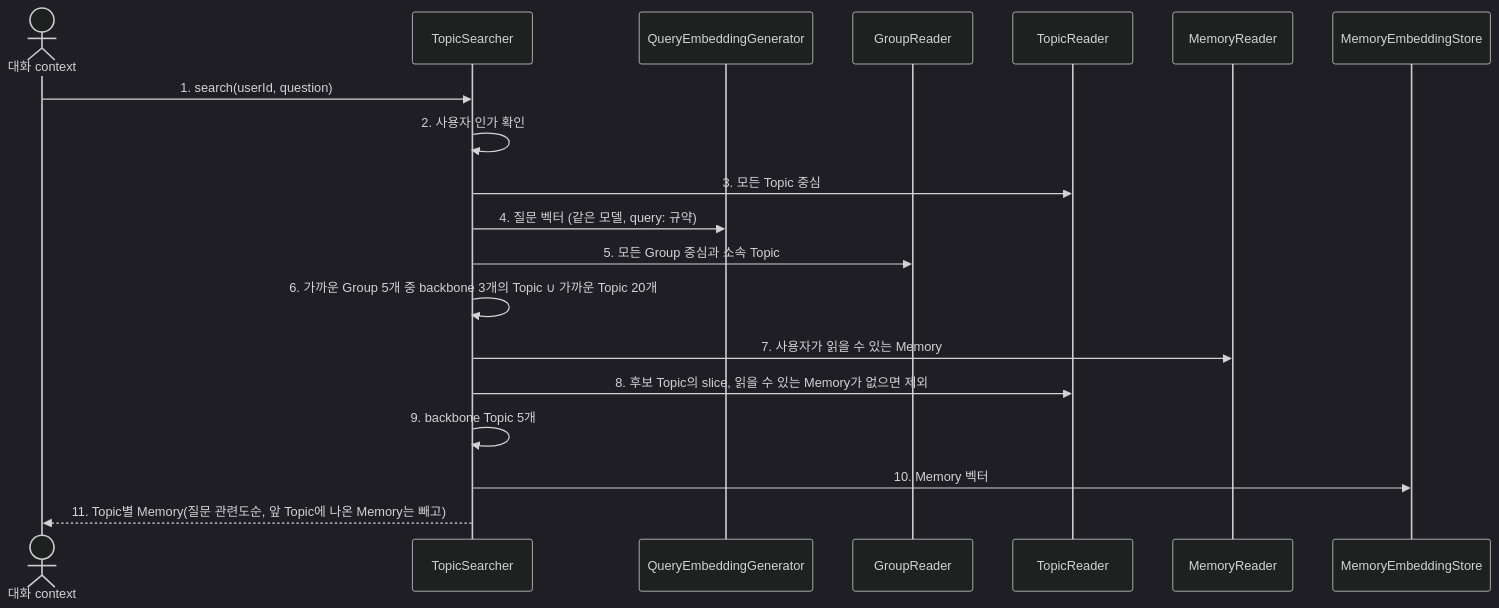
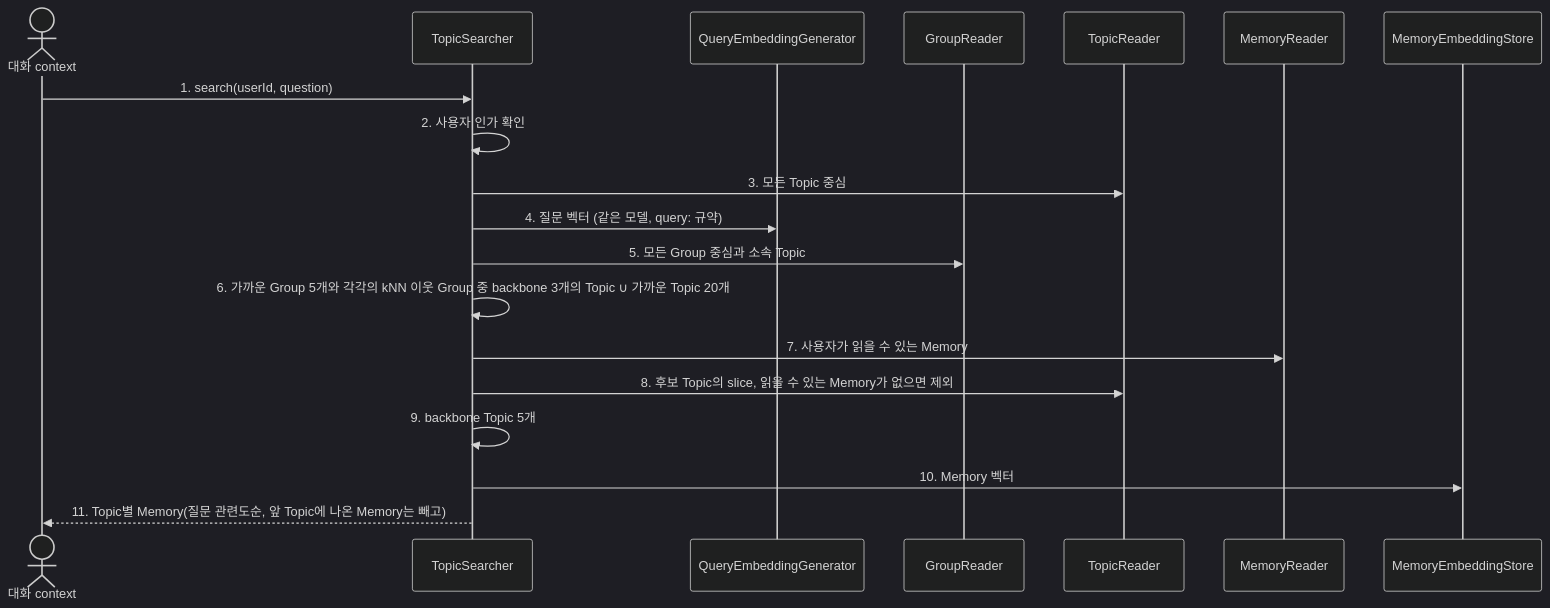
The second of 2 diagrams in application/src/main/kotlin/com/homeassistant/application/usecase/topic/README.md (magenta1223/home_assistant), drawn with Mermaid (dark theme) before and after one commit. The commit also changed other lines of this file and 10 other files, not shown here.

````diff
--- a/application/src/main/kotlin/com/homeassistant/application/usecase/topic/README.md
+++ b/application/src/main/kotlin/com/homeassistant/application/usecase/topic/README.md
@@ -66,21 +66,21 @@
 ```mermaid
 sequenceDiagram
     actor Caller as 대화 context
     participant Search as TopicSearcher
     participant Query as QueryEmbeddingGenerator
     participant Groups as GroupReader
     participant Topics as TopicReader
     participant Memories as MemoryReader
     participant Vectors as MemoryEmbeddingStore
     Caller->>Search: 1. search(userId, question)
     Search->>Search: 2. 사용자 인가 확인
     Search->>Topics: 3. 모든 Topic 중심
     Search->>Query: 4. 질문 벡터 (같은 모델, query: 규약)
     Search->>Groups: 5. 모든 Group 중심과 소속 Topic
-    Search->>Search: 6. 가까운 Group 5개 중 backbone 3개의 Topic ∪ 가까운 Topic 20개
+    Search->>Search: 6. 가까운 Group 5개와 각각의 kNN 이웃 Group 중 backbone 3개의 Topic ∪ 가까운 Topic 20개
     Search->>Memories: 7. 사용자가 읽을 수 있는 Memory
     Search->>Topics: 8. 후보 Topic의 slice, 읽을 수 있는 Memory가 없으면 제외
     Search->>Search: 9. backbone Topic 5개
     Search->>Vectors: 10. Memory 벡터
     Search-->>Caller: 11. Topic별 Memory(질문 관련도순, 앞 Topic에 나온 Memory는 빼고)
 ```
````
